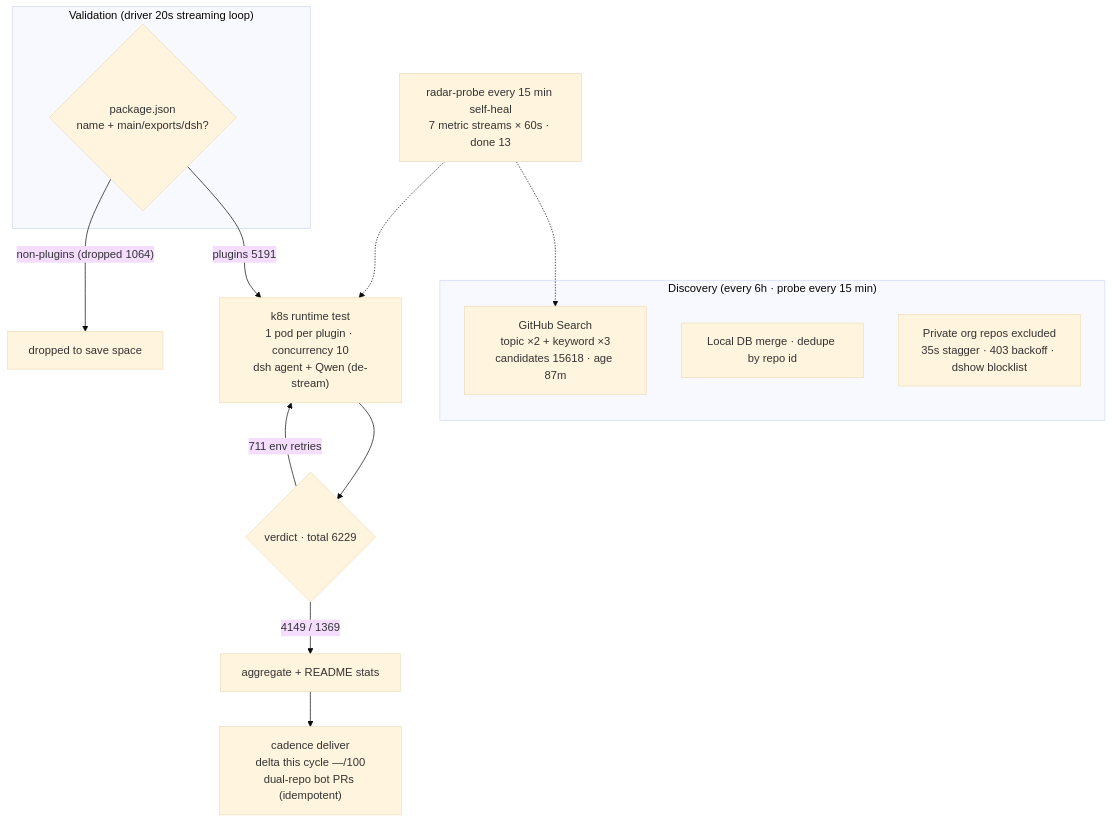
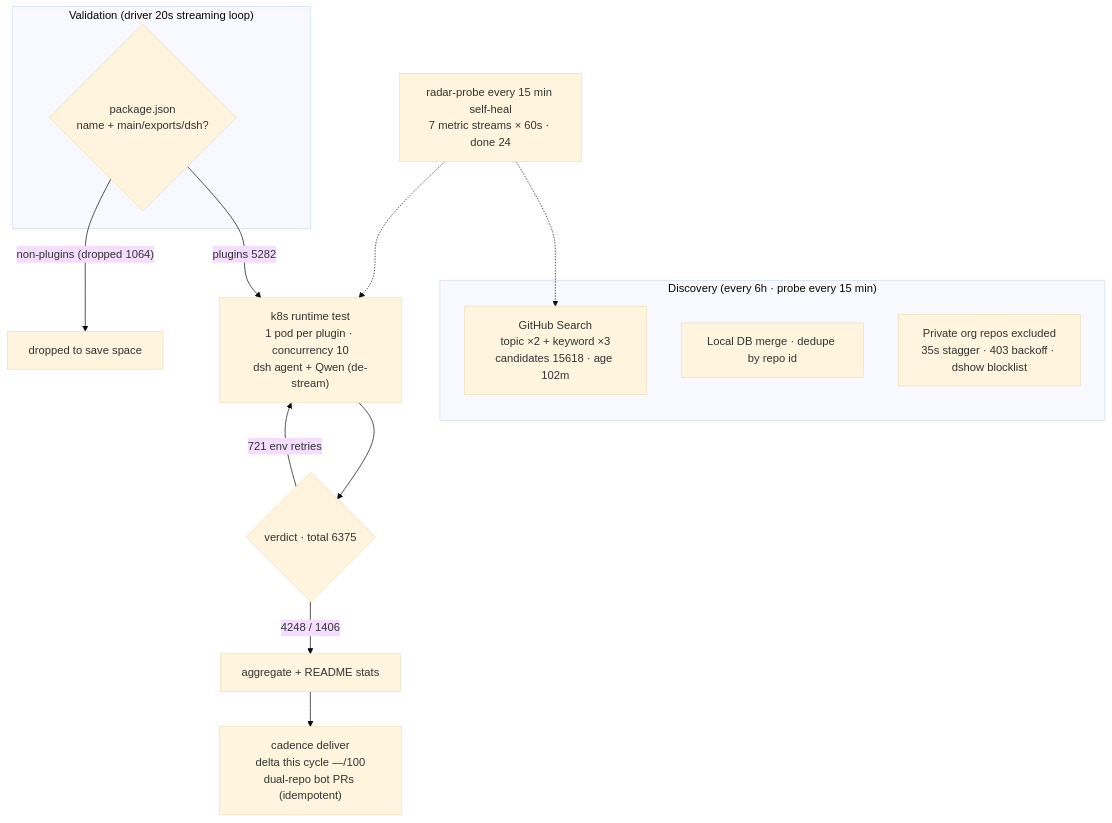
Before and after one commit to AdamPlatin123/awesome-dsh-plugins: the diagram in README.en-US.md, drawn with Mermaid (base theme). The commit also changed other lines of this file and 5 other files, not shown here.

````diff
--- a/README.en-US.md
+++ b/README.en-US.md
@@ -30,20 +30,20 @@
 ```mermaid
 flowchart TB
     subgraph Discovery["Discovery (every 6h · probe every 15 min)"]
-        A1["GitHub Search<br/>topic ×2 + keyword ×3<br/>candidates 15618 · age 87m"]
+        A1["GitHub Search<br/>topic ×2 + keyword ×3<br/>candidates 15618 · age 102m"]
         A2["Local DB merge · dedupe by repo id"]
         A3["Private org repos excluded<br/>35s stagger · 403 backoff · dshow blocklist"]
     end
     subgraph Validation["Validation (driver 20s streaming loop)"]
         B1{"package.json<br/>name + main/exports/dsh?"}
     end
-    B1 -->|"plugins 5191"| C1["k8s runtime test<br/>1 pod per plugin · concurrency 10<br/>dsh agent + Qwen (de-stream)"]
+    B1 -->|"plugins 5282"| C1["k8s runtime test<br/>1 pod per plugin · concurrency 10<br/>dsh agent + Qwen (de-stream)"]
     B1 -->|"non-plugins (dropped 1064)"| B3["dropped to save space"]
-    C1 --> D1{"verdict · total 6229"}
-    D1 -->|"4149 / 1369"| E1["aggregate + README stats"]
-    D1 -->|"711 env retries"| C1
+    C1 --> D1{"verdict · total 6375"}
+    D1 -->|"4248 / 1406"| E1["aggregate + README stats"]
+    D1 -->|"721 env retries"| C1
     E1 --> E2["cadence deliver<br/>delta this cycle —/100<br/>dual-repo bot PRs (idempotent)"]
-    M["radar-probe every 15 min self-heal<br/>7 metric streams × 60s · done 13"]
+    M["radar-probe every 15 min self-heal<br/>7 metric streams × 60s · done 24"]
     M -.-> A1
     M -.-> C1
 ```
````
